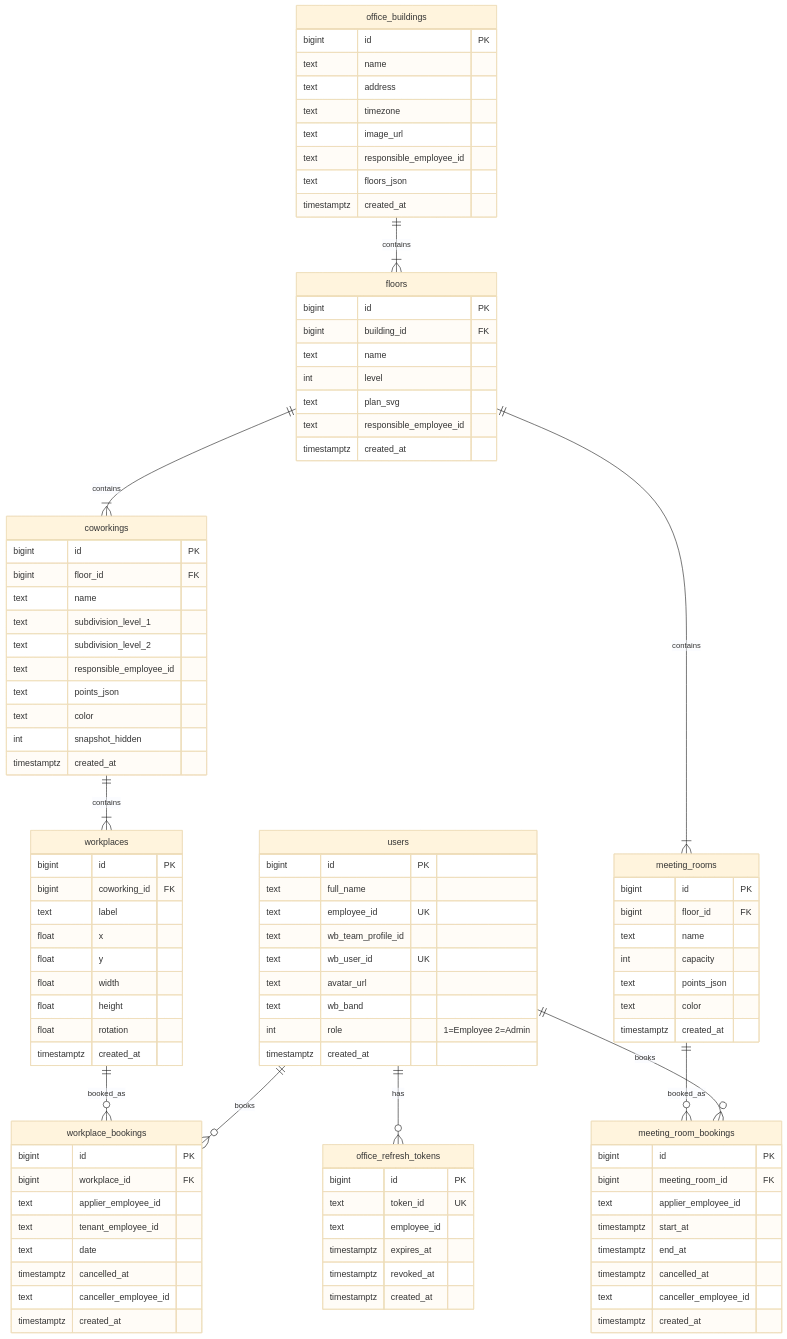
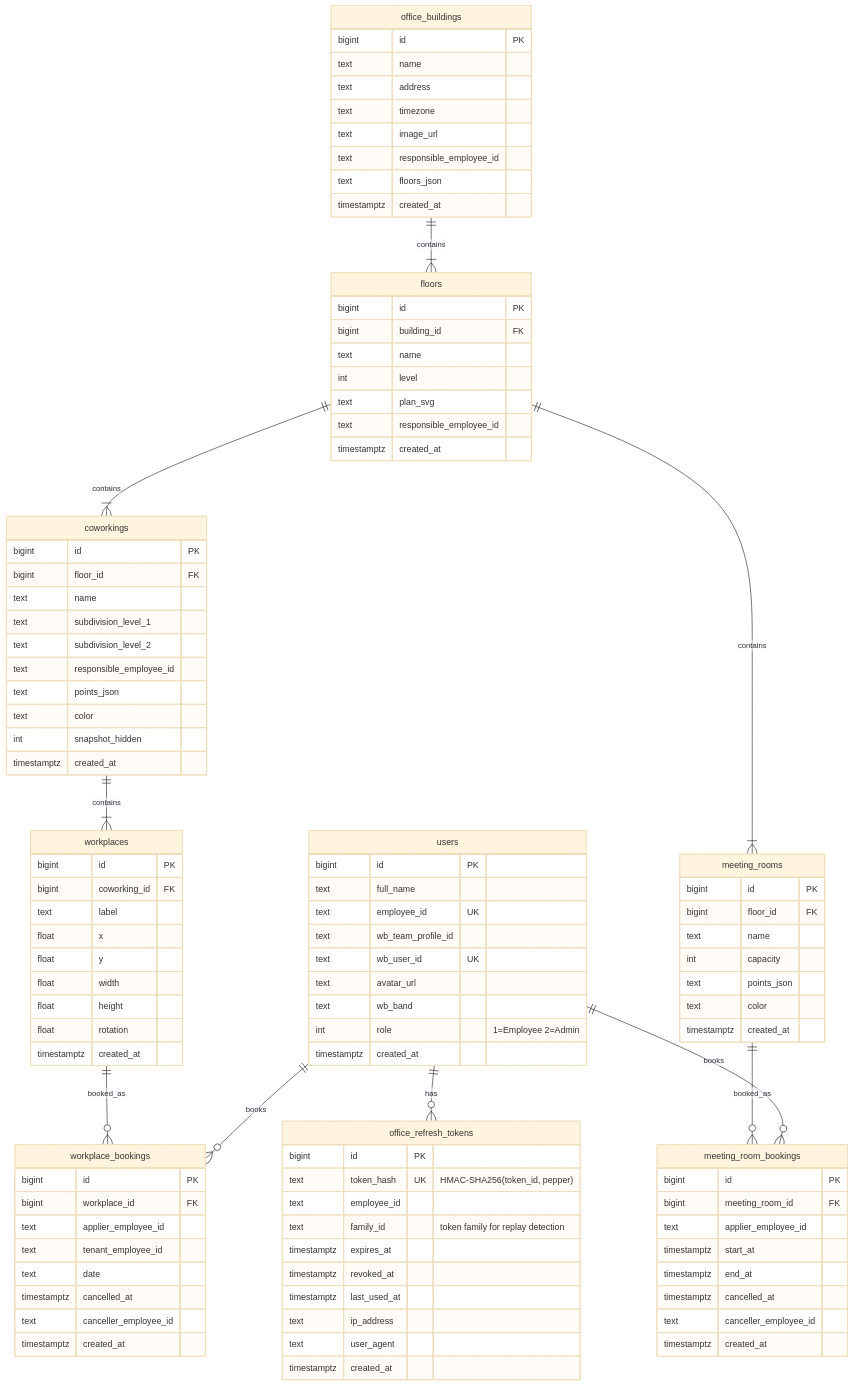
The ninth of 9 diagrams in DATA_FLOW_DIAGRAM.md (radiantbald/office-management), drawn with Mermaid (base theme) before and after one commit. The commit also changed other lines of this file and 11 other files, not shown here.

````diff
--- a/DATA_FLOW_DIAGRAM.md
+++ b/DATA_FLOW_DIAGRAM.md
@@ -474,10 +490,14 @@
     
     office_refresh_tokens {
         bigint id PK
-        text token_id UK
+        text token_hash UK "HMAC-SHA256(token_id, pepper)"
         text employee_id
+        text family_id "token family for replay detection"
         timestamptz expires_at
         timestamptz revoked_at
+        timestamptz last_used_at
+        text ip_address
+        text user_agent
         timestamptz created_at
     }
 ```
````
